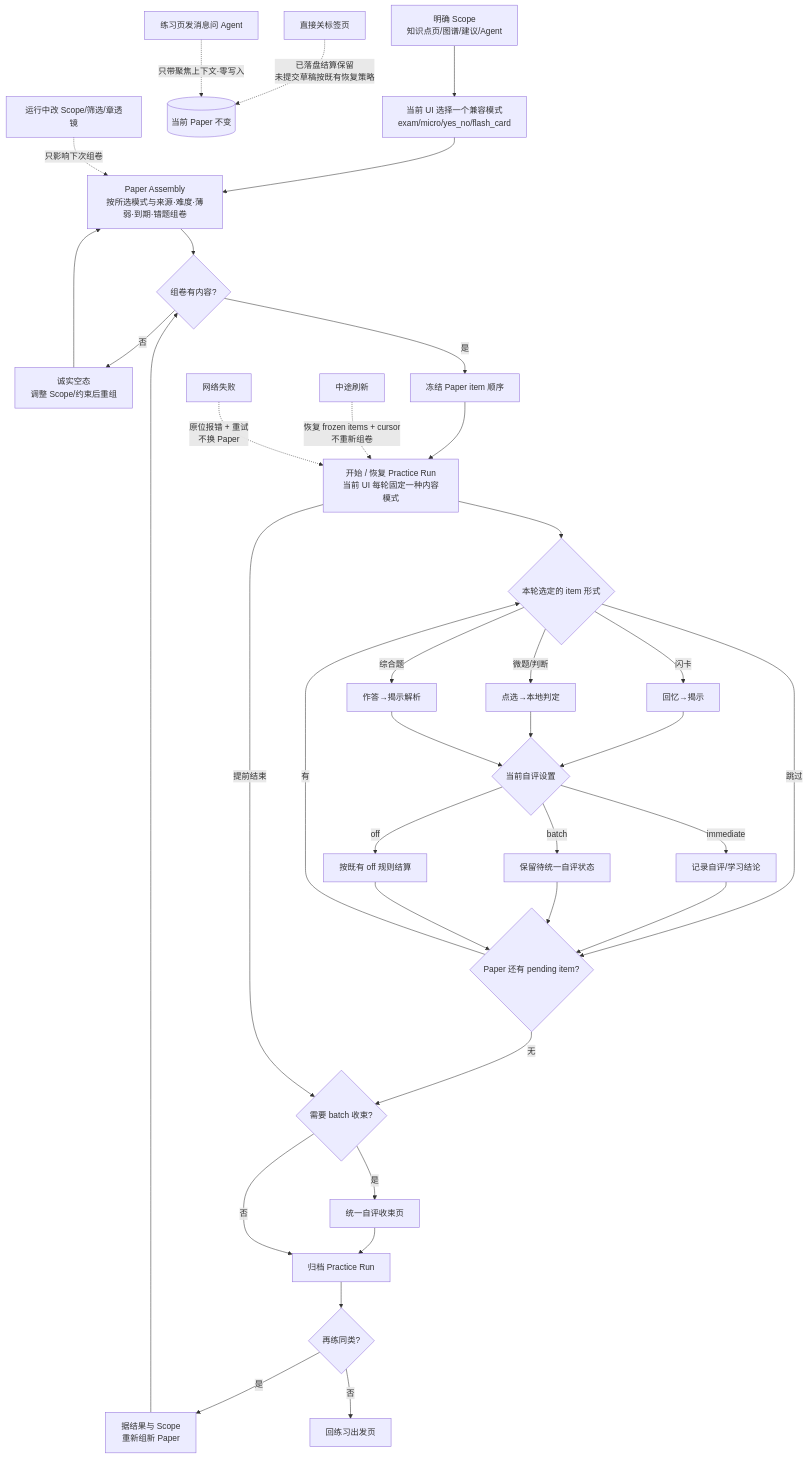
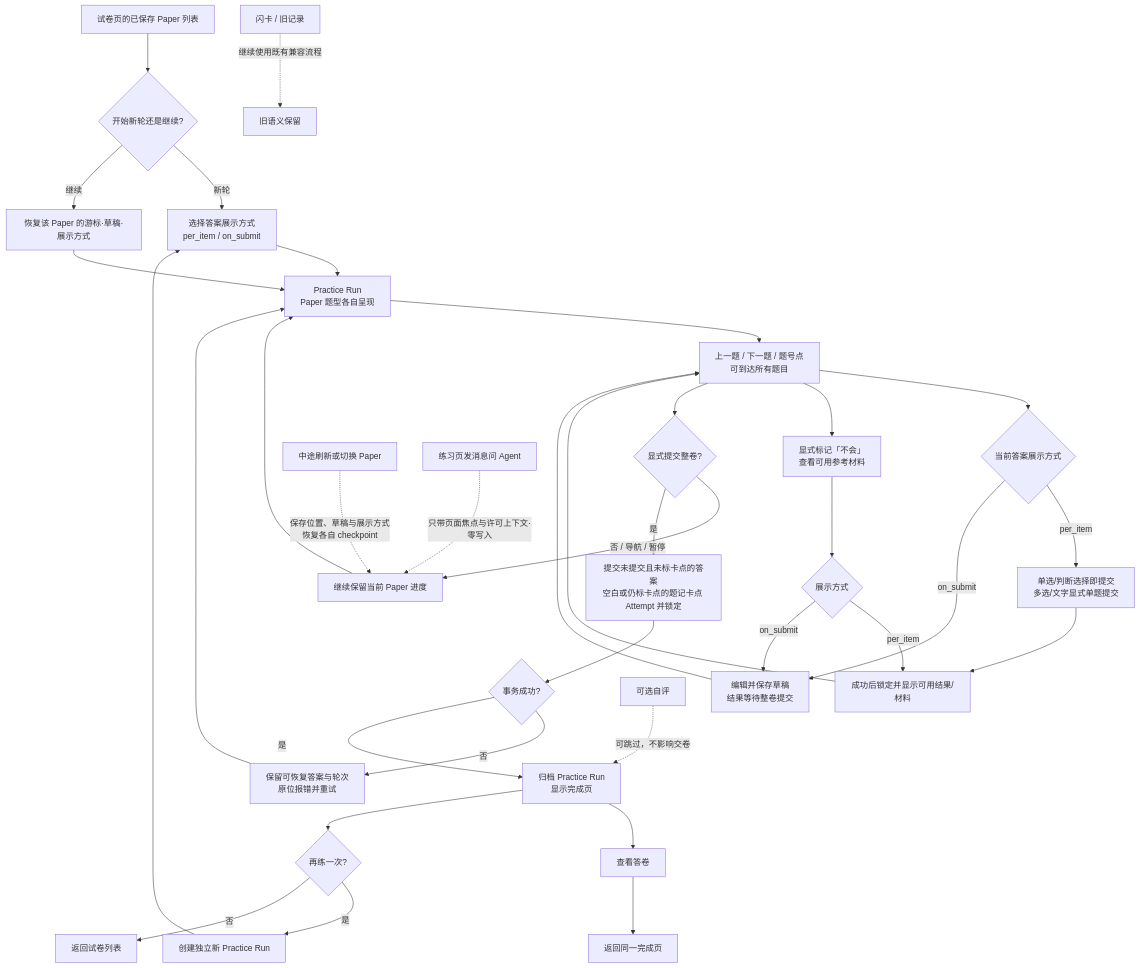
Before and after one commit to Amazinnn/Lesson-Kit: the first of 10 diagrams in docs/action-graph/L4-workflows.md, drawn with Mermaid. The commit also changed other lines of this file and 8 other files, not shown here.

Commit message:
docs: reconcile paper practice flows

````diff
--- a/docs/action-graph/L4-workflows.md
+++ b/docs/action-graph/L4-workflows.md
@@ -8,32 +8,33 @@
 ```mermaid
 flowchart TD
-  A[明确 Scope<br/>知识点页/图谱/建议/Agent] --> A1[当前 UI 选择一个兼容模式<br/>exam/micro/yes_no/flash_card]
-  A1 --> B[Paper Assembly<br/>按所选模式与来源·难度·薄弱·到期·错题组卷]
-  B --> C{组卷有内容?}
-  C -- 否 --> C0[诚实空态<br/>调整 Scope/约束后重组] --> B
-  C -- 是 --> D[冻结 Paper item 顺序]
-  D --> E[开始 / 恢复 Practice Run<br/>当前 UI 每轮固定一种内容模式]
-  E --> F{本轮选定的 item 形式}
-  F -- 闪卡 --> G[回忆→揭示]
-  F -- 微题/判断 --> H[点选→本地判定]
-  F -- 综合题 --> I[作答→揭示解析]
-  F -- 跳过 --> N
-  G & H & I --> J{当前自评设置}
-  J -- immediate --> K[记录自评/学习结论]
-  J -- batch --> L[保留待统一自评状态]
-  J -- off --> M[按既有 off 规则结算]
-  K & L & M --> N{Paper 还有 pending item?}
-  N -- 有 --> F
-  N -- 无 --> O{需要 batch 收束?}
-  O -- 是 --> P[统一自评收束页] --> Q[归档 Practice Run]
-  O -- 否 --> Q
-  E -- 提前结束 --> O
-  Q --> R{再练同类?}
-  R -- 是 --> B2[据结果与 Scope<br/>重新组新 Paper] --> C
-  R -- 否 --> S[回练习出发页]
-  X1[中途刷新] -.恢复 frozen items + cursor<br/>不重新组卷.-> E
-  X2[直接关标签页] -.已落盘结算保留<br/>未提交草稿按既有恢复策略.-> Z[(当前 Paper 不变)]
-  X3[网络失败] -.原位报错 + 重试<br/>不换 Paper.-> E
-  X4[运行中改 Scope/筛选/章透镜] -.只影响下次组卷.-> B
-  X5[练习页发消息问 Agent] -.只带聚焦上下文·零写入.-> Z
+  A[试卷页的已保存 Paper 列表] --> B{开始新轮还是继续?}
+  B -- 新轮 --> C[选择答案展示方式<br/>per_item / on_submit]
+  B -- 继续 --> D[恢复该 Paper 的游标·草稿·展示方式]
+  C & D --> E[Practice Run<br/>Paper 题型各自呈现]
+  E --> F[上一题 / 下一题 / 题号点<br/>可到达所有题目]
+  F --> G{当前答案展示方式}
+  G -- per_item --> H[单选/判断选择即提交<br/>多选/文字显式单题提交]
+  H --> I[成功后锁定并显示可用结果/材料]
+  G -- on_submit --> J[编辑并保存草稿<br/>结果等待整卷提交]
+  F --> K[显式标记「不会」<br/>查看可用参考材料]
+  K --> L{展示方式}
+  L -- per_item --> I
+  L -- on_submit --> J
+  I & J --> F
+  F --> M{显式提交整卷?}
+  M -- 否 / 导航 / 暂停 --> Z[继续保留当前 Paper 进度]
+  Z --> E
+  M -- 是 --> N[提交未提交且未标卡点的答案<br/>空白或仍标卡点的题记卡点 Attempt 并锁定]
+  N --> O{事务成功?}
+  O -- 否 --> P[保留可恢复答案与轮次<br/>原位报错并重试] --> E
+  O -- 是 --> Q[归档 Practice Run<br/>显示完成页]
+  Q --> R[查看答卷]
+  R --> S[返回同一完成页]
+  Q --> T{再练一次?}
+  T -- 是 --> U[创建独立新 Practice Run] --> C
+  T -- 否 --> V[返回试卷列表]
+  W[可选自评] -.可跳过，不影响交卷.-> Q
+  X1[中途刷新或切换 Paper] -.保存位置、草稿与展示方式<br/>恢复各自 checkpoint.-> Z
+  X2[闪卡 / 旧记录] -.继续使用既有兼容流程.-> LEGACY[旧语义保留]
+  X3[练习页发消息问 Agent] -.只带页面焦点与许可上下文·零写入.-> Z
 ```
````
